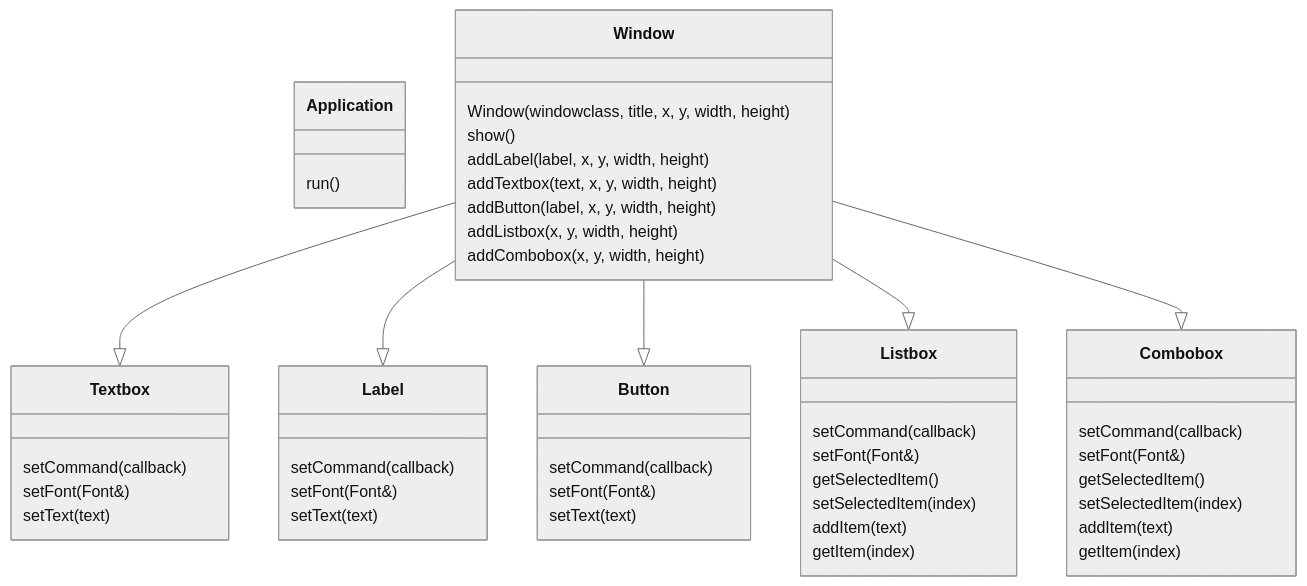
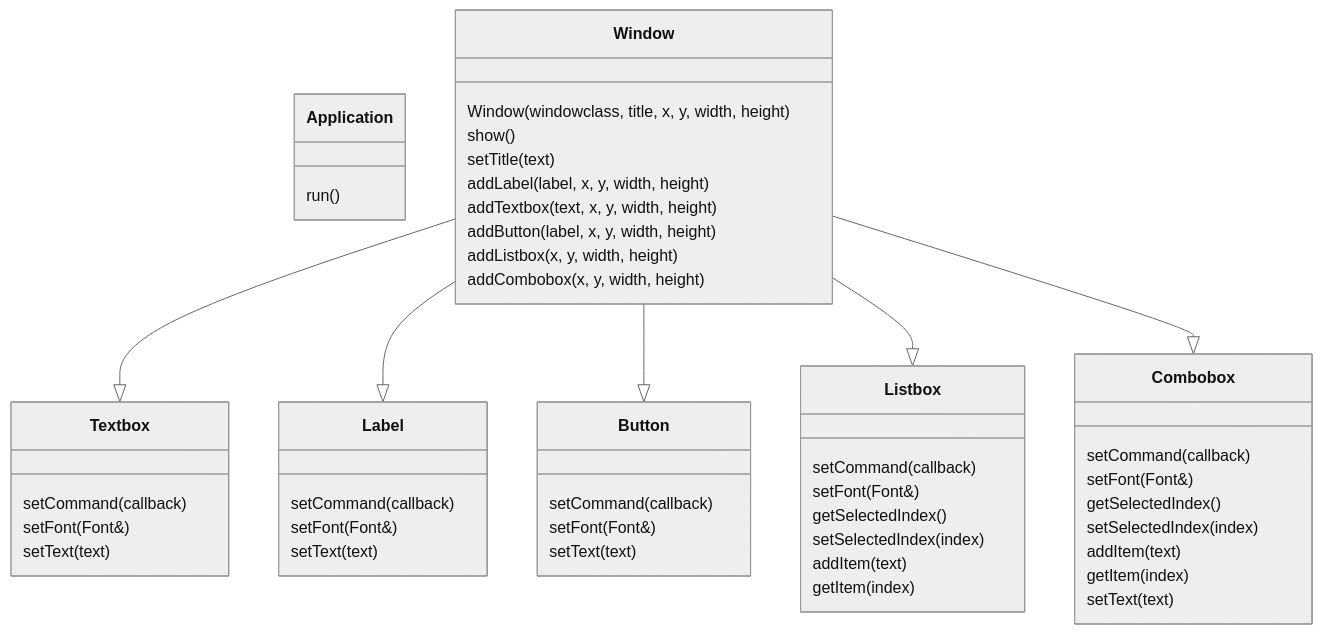
Before and after one commit to lefterise/WindowsGUICpp: the diagram in Readme.md, drawn with Mermaid (neutral theme). The commit also changed other lines of this file and 13 other files, not shown here.

````diff
--- a/Readme.md
+++ b/Readme.md
@@ -95,60 +95,62 @@
 ```mermaid 
 classDiagram
 
 class Application{
   run()
 }
 
 class Window {
   Window(windowclass, title, x, y, width, height)
   show()
+  setTitle(text)
   addLabel(label, x, y, width, height)
   addTextbox(text, x, y, width, height)
   addButton(label, x, y, width, height)
   addListbox(x, y, width, height)
   addCombobox(x, y, width, height)
 }
 
 class Textbox {
   setCommand(callback)
   setFont(Font&)
   setText(text)
 }
 
 class Label{
   setCommand(callback)
   setFont(Font&)
   setText(text)
 }
 
 class Button{
   setCommand(callback)
   setFont(Font&)
   setText(text)
 }
 
 class Listbox{
   setCommand(callback)
   setFont(Font&)
-  getSelectedItem()
-  setSelectedItem(index)  
+  getSelectedIndex()
+  setSelectedIndex(index)
   addItem(text)
   getItem(index)
 }
 
 
 class Combobox{
   setCommand(callback)
   setFont(Font&)
-  getSelectedItem()
-  setSelectedItem(index)
+  getSelectedIndex()
+  setSelectedIndex(index)
   addItem(text)
   getItem(index)
+  setText(text)
 }
 
 Window--|> Textbox
 Window--|> Label
 Window--|> Button
 Window--|> Listbox
 Window--|> Combobox
 ```
````
